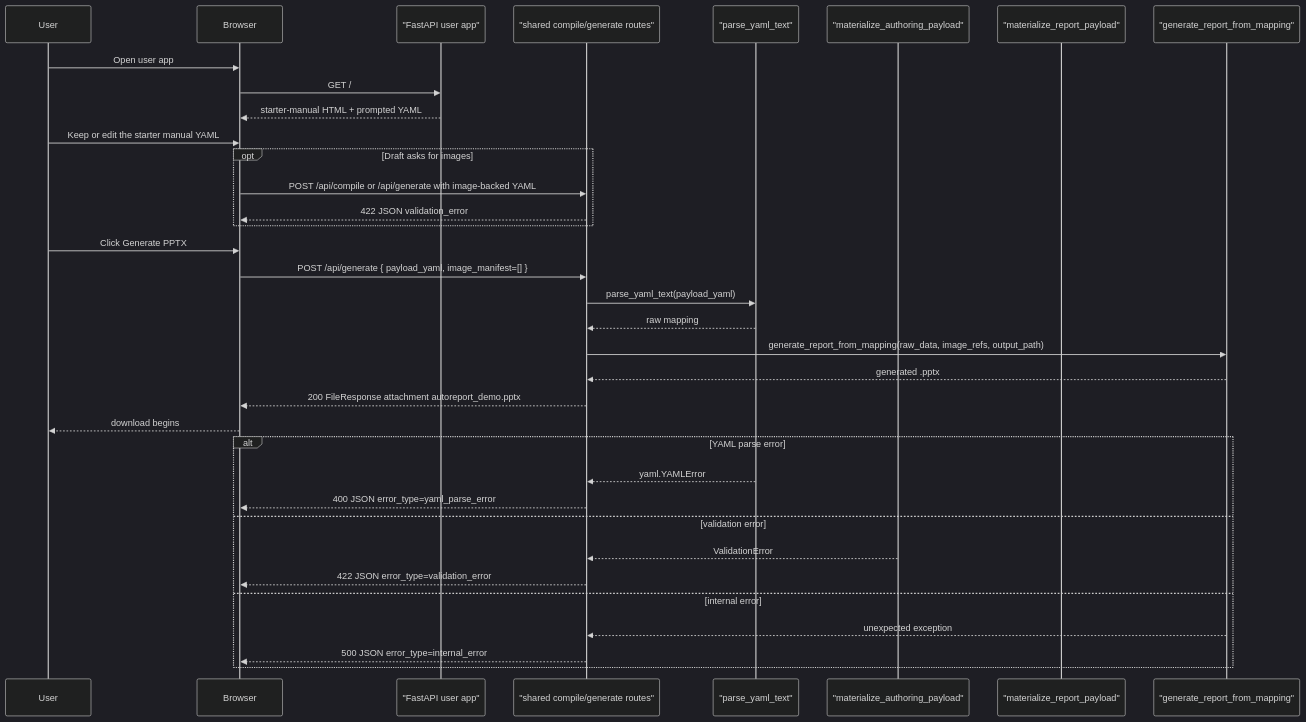
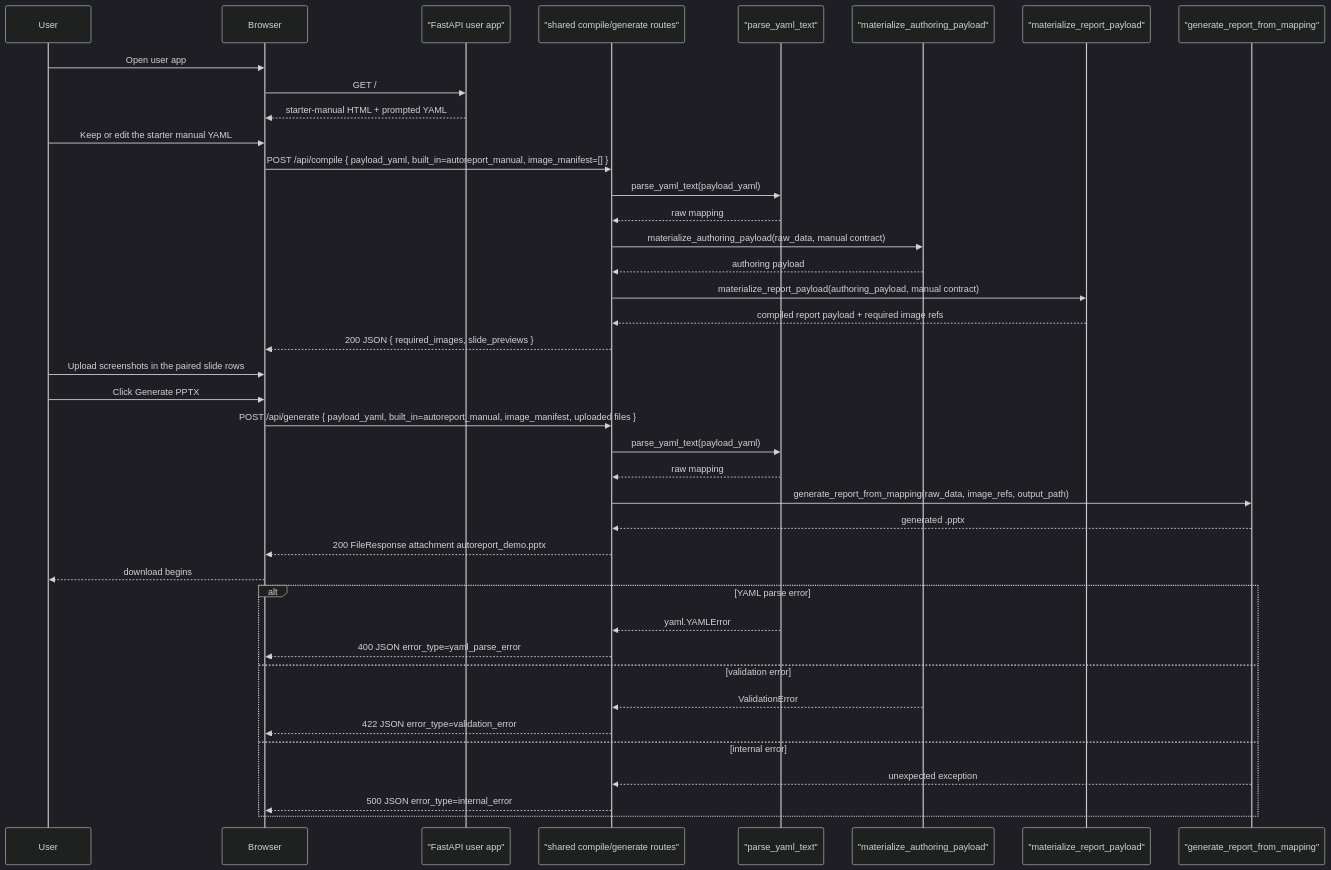
The diagram in docs/architecture/web-demo-sequence.md (tubtrb/autoreport), drawn with Mermaid (dark theme) before and after one commit. The commit also changed other lines of this file and 57 other files, not shown here.

````diff
--- a/docs/architecture/web-demo-sequence.md
+++ b/docs/architecture/web-demo-sequence.md
@@ -7,41 +7,47 @@
 ```mermaid
 sequenceDiagram
     participant User
     participant Browser
     participant App as "FastAPI user app"
     participant API as "shared compile/generate routes"
     participant Loader as "parse_yaml_text"
     participant Normalize as "materialize_authoring_payload"
     participant Compile as "materialize_report_payload"
     participant Generator as "generate_report_from_mapping"
 
     User->>Browser: Open user app
     Browser->>App: GET /
     App-->>Browser: starter-manual HTML + prompted YAML
 
     User->>Browser: Keep or edit the starter manual YAML
-    opt Draft asks for images
-        Browser->>API: POST /api/compile or /api/generate with image-backed YAML
-        API-->>Browser: 422 JSON validation_error
-    end
+    Browser->>API: POST /api/compile { payload_yaml, built_in=autoreport_manual, image_manifest=[] }
+    API->>Loader: parse_yaml_text(payload_yaml)
+    Loader-->>API: raw mapping
+    API->>Normalize: materialize_authoring_payload(raw_data, manual contract)
+    Normalize-->>API: authoring payload
+    API->>Compile: materialize_report_payload(authoring_payload, manual contract)
+    Compile-->>API: compiled report payload + required image refs
+    API-->>Browser: 200 JSON { required_images, slide_previews }
+
+    User->>Browser: Upload screenshots in the paired slide rows
 
     User->>Browser: Click Generate PPTX
-    Browser->>API: POST /api/generate { payload_yaml, image_manifest=[] }
+    Browser->>API: POST /api/generate { payload_yaml, built_in=autoreport_manual, image_manifest, uploaded files }
     API->>Loader: parse_yaml_text(payload_yaml)
     Loader-->>API: raw mapping
     API->>Generator: generate_report_from_mapping(raw_data, image_refs, output_path)
     Generator-->>API: generated .pptx
     API-->>Browser: 200 FileResponse attachment autoreport_demo.pptx
     Browser-->>User: download begins
 
     alt YAML parse error
         Loader-->>API: yaml.YAMLError
         API-->>Browser: 400 JSON error_type=yaml_parse_error
     else validation error
         Normalize-->>API: ValidationError
         API-->>Browser: 422 JSON error_type=validation_error
     else internal error
         Generator-->>API: unexpected exception
         API-->>Browser: 500 JSON error_type=internal_error
     end
 ```
````
